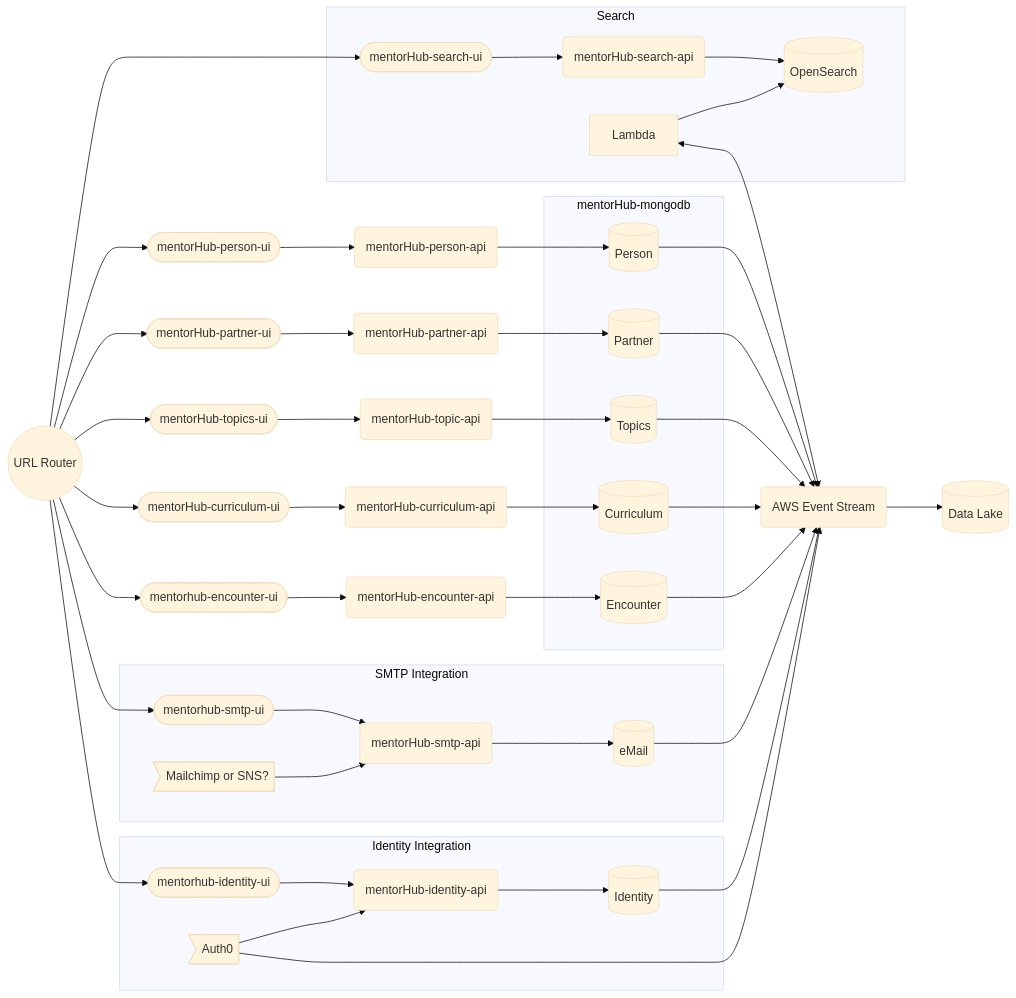
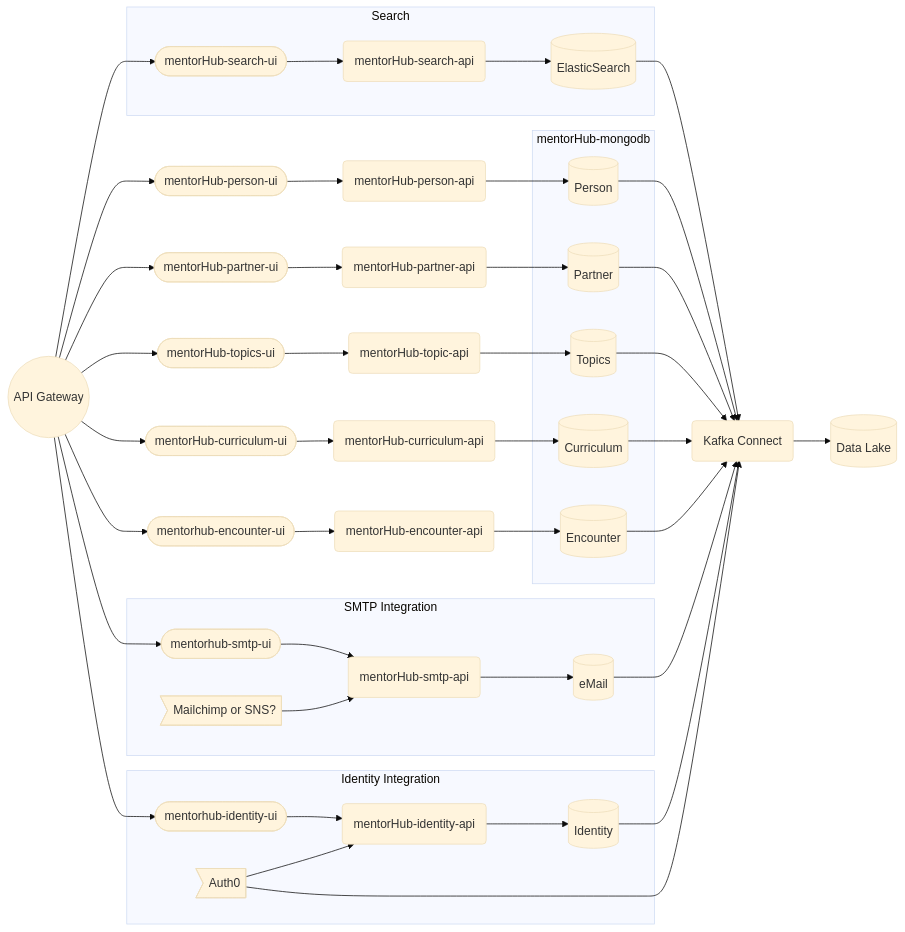
One commit to agile-learning-institute/mentorHub changed the first of 5 diagrams in specifications/ARCHITECTURE.md. Above: the diagram before and after it, drawn with Mermaid (base theme).

Commit message:
Update architecture diagram for kafka-connect

````diff
--- a/specifications/ARCHITECTURE.md
+++ b/specifications/ARCHITECTURE.md
@@ -21,17 +21,16 @@
 ```mermaid
 flowchart LR
-    APIG((URL Router))
-    BUS(AWS Event Stream)
-    --> DataLake[(Data Lake)]
+    APIG((API Gateway))
+    BUS(Kafka Connect)
+    BUS --> DataLake[(Data Lake)]
 
     APIG --> SearchUI([mentorHub-search-ui])
     subgraph Search
         SearchUI
         --> SearchAPI(mentorHub-search-api)
-        --> SearchService[(OpenSearch)]
-        Lambda --> SearchService
+        --> SearchService[(ElasticSearch)]
     end
-    Lambda <--> BUS
+    SearchService --> BUS
     
     APIG
     --> PersonUI([mentorHub-person-ui])
````
